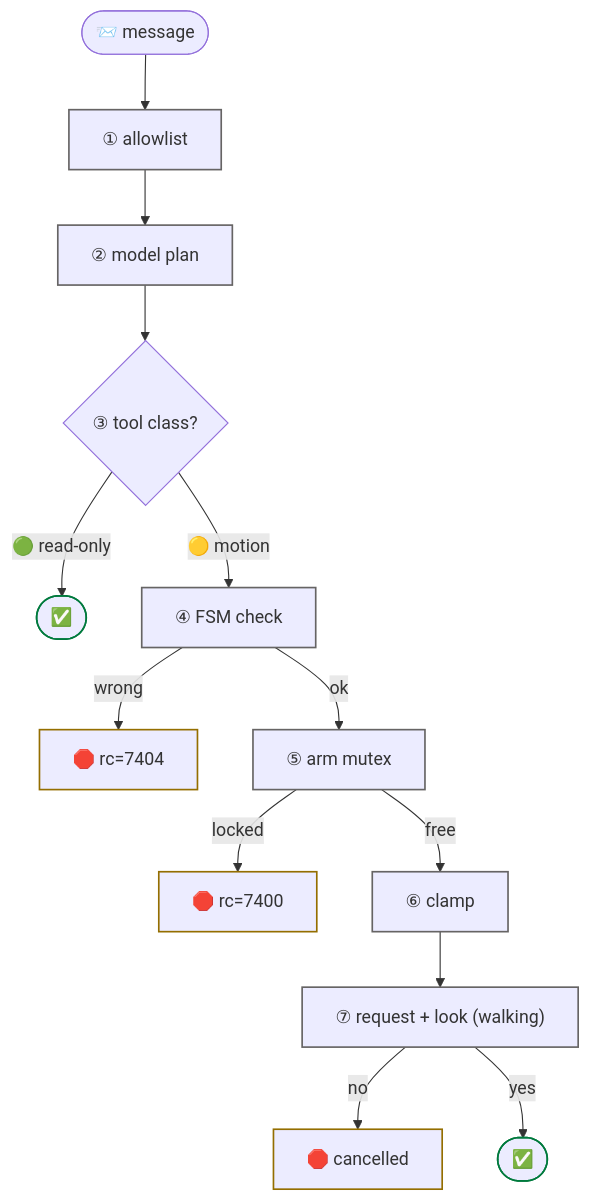
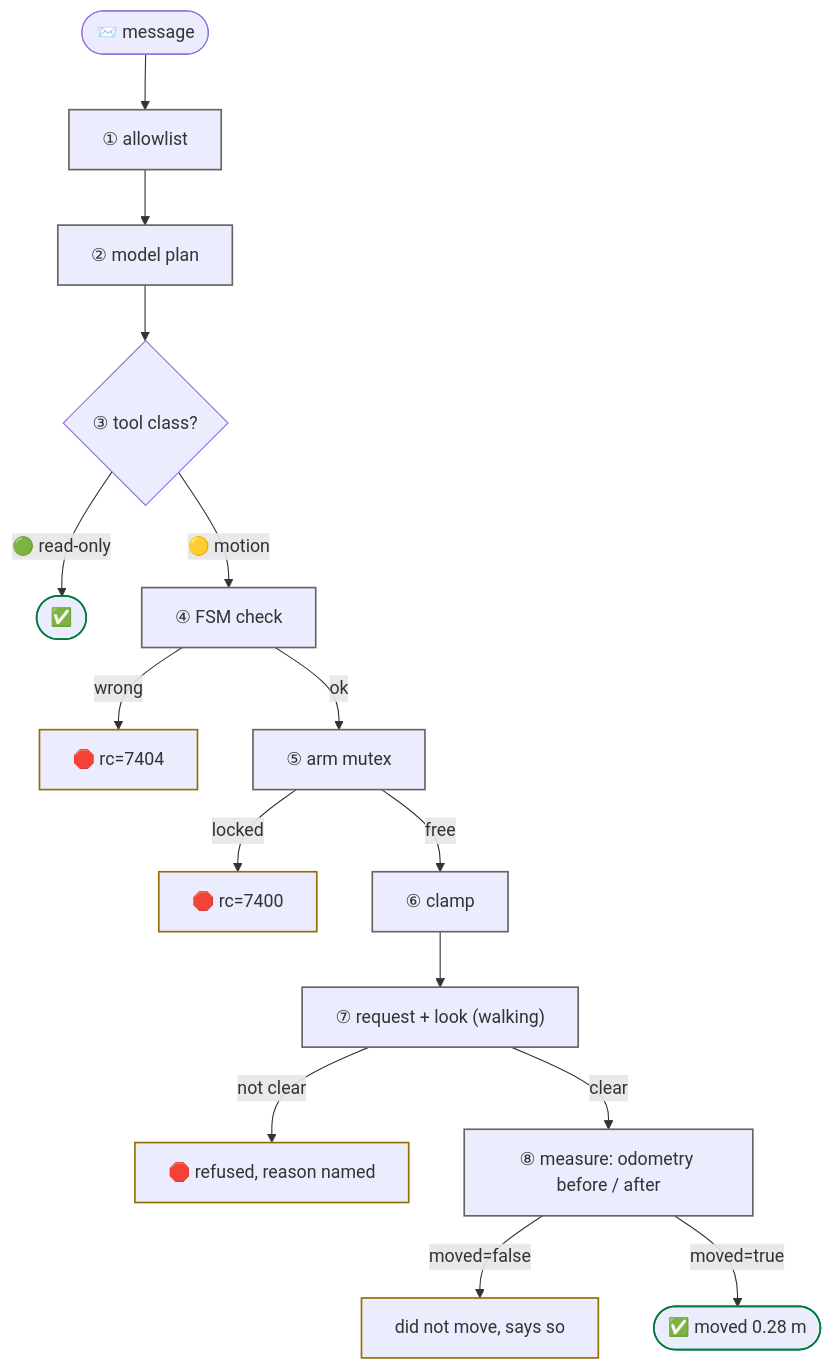
Before and after one commit to cagataycali/neon-the-g1: the diagram in docs/guide/safety.md, drawn with Mermaid. The commit also changed other lines of this file and 12 other files, not shown here.

````diff
--- a/docs/guide/safety.md
+++ b/docs/guide/safety.md
@@ -8,21 +8,23 @@
 ```mermaid
 flowchart TD
   U(["📨 message"]) --> L1["① allowlist"]
   L1 --> L2["② model plan"]
   L2 --> L3{"③ tool class?"}
   L3 -->|"🟢 read-only"| OK1(["✅"])
   L3 -->|"🟡 motion"| L4["④ FSM check"]
   L4 -->|"wrong"| R1["🛑 rc=7404"]
   L4 -->|"ok"| L5["⑤ arm mutex"]
   L5 -->|"locked"| R2["🛑 rc=7400"]
   L5 -->|"free"| L6["⑥ clamp"]
   L6 --> L7["⑦ request + look (walking)"]
-  L7 -->|"no"| R4["🛑 cancelled"]
-  L7 -->|"yes"| OK2(["✅"])
+  L7 -->|"not clear"| R4["🛑 refused, reason named"]
+  L7 -->|"clear"| L8["⑧ measure: odometry before / after"]
+  L8 -->|"moved=false"| R5["did not move, says so"]
+  L8 -->|"moved=true"| OK2(["✅ moved 0.28 m"])
   classDef gate stroke:#666464,stroke-width:1.5px
   classDef refuse stroke:#946e00,stroke-width:1.5px
   classDef ok stroke:#007a3d,stroke-width:1.5px
-  class L1,L2,L4,L5,L6,L7 gate
-  class R1,R2,R4 refuse
+  class L1,L2,L4,L5,L6,L7,L8 gate
+  class R1,R2,R4,R5 refuse
   class OK1,OK2 ok
 ```
````
